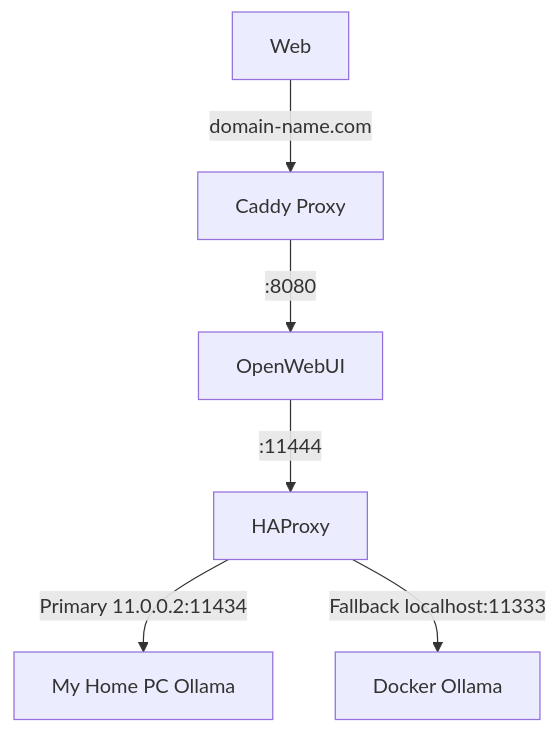
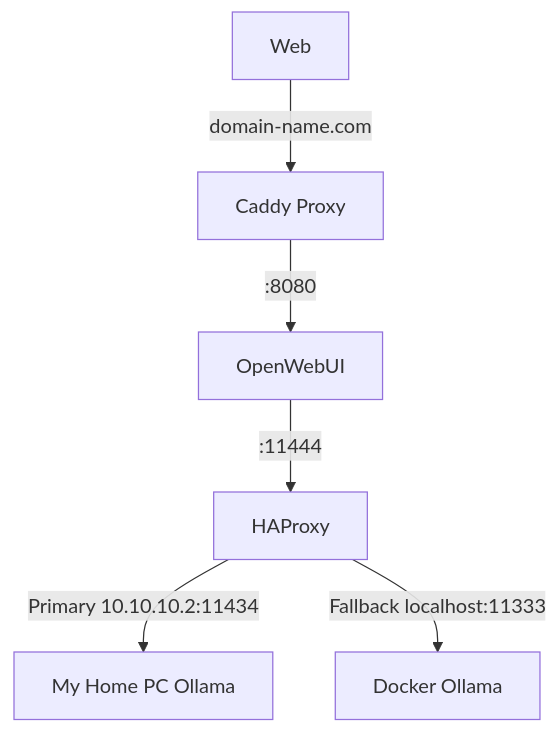
One commit to benkalmus/ollama-openwebui changed the diagram in README.md. Above: the diagram before and after it, drawn with Mermaid. The commit also changed other lines of this file and 1 other file, not shown here.

````diff
--- a/README.md
+++ b/README.md
@@ -58,8 +58,8 @@
 ```mermaid
 graph TD
     A[Web] -->|domain-name.com| B[Caddy Proxy]
     B -->|:8080| C[OpenWebUI]
     C -->|:11444| D[HAProxy]
-    D -->|Primary 11.0.0.2:11434| E[My Home PC Ollama]
+    D -->|Primary 10.10.10.2:11434| E[My Home PC Ollama]
     D -->|Fallback localhost:11333| F[Docker Ollama]
 ```
````
